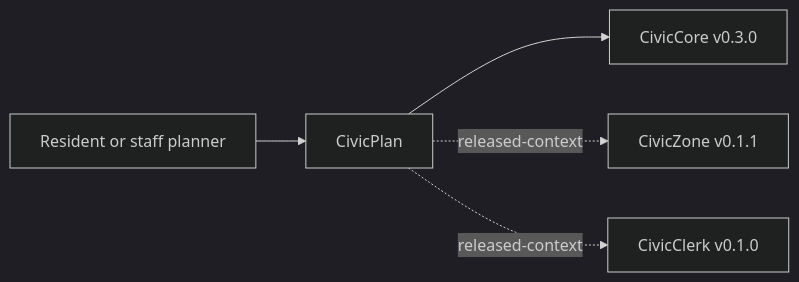
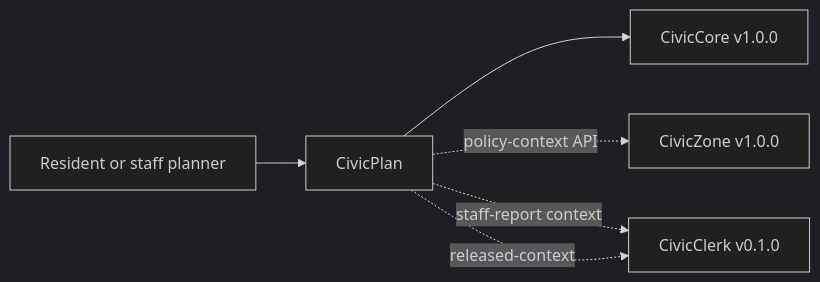
The diagram in USER-MANUAL.md (CivicSuite/civicplan), drawn with Mermaid (dark theme) before and after one commit. The commit also changed other lines of this file and 38 other files, not shown here.

First line of the commit message:
Release CivicPlan v1.0.0

````diff
--- a/USER-MANUAL.md
+++ b/USER-MANUAL.md
@@ -34,7 +44,8 @@
 ```mermaid
 flowchart LR
   PublicUser["Resident or staff planner"] --> CivicPlan["CivicPlan"]
-  CivicPlan --> CivicCore["CivicCore v0.3.0"]
-  CivicPlan -. released-context .-> CivicZone["CivicZone v0.1.1"]
+  CivicPlan --> CivicCore["CivicCore v1.0.0"]
+CivicPlan -. policy-context API .-> CivicZone["CivicZone v1.0.0"]
+CivicPlan -. staff-report context .-> CivicClerk["CivicClerk v1.0.0"]
   CivicPlan -. released-context .-> CivicClerk["CivicClerk v0.1.0"]
 ```
````
